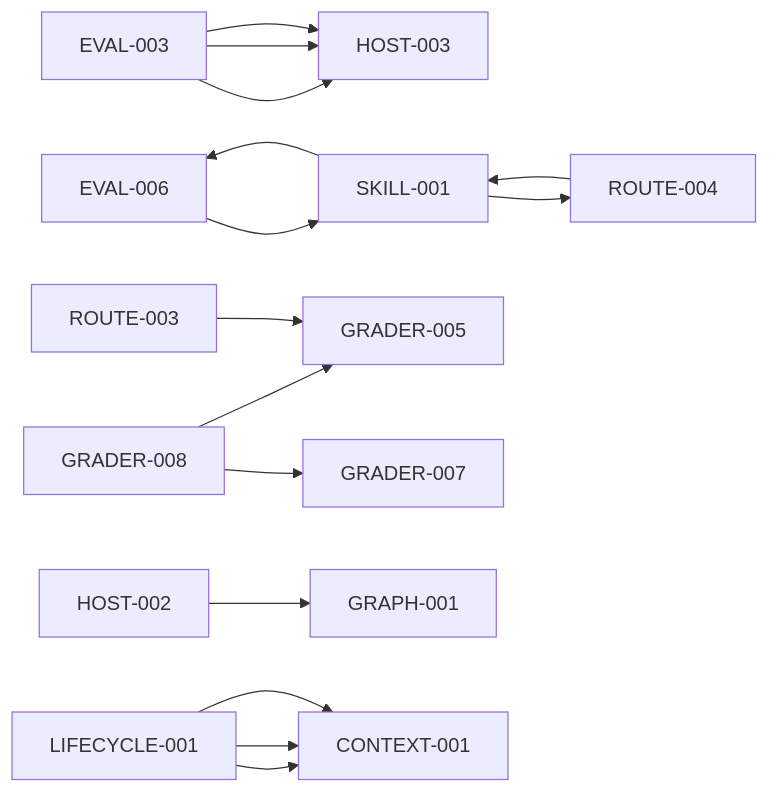
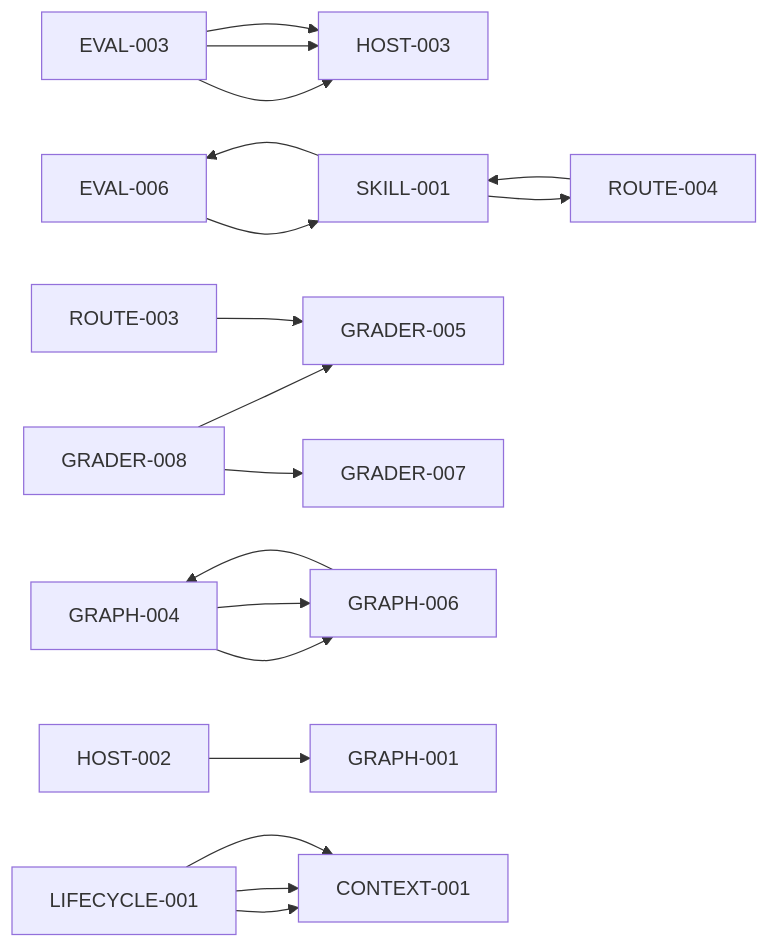
One commit to latent-sre/save-toolkit changed the diagram in docs/fleet-atlas/generated/roadmap-dependency-map.mmd. Above: the diagram before and after it, drawn with Mermaid. The commit also changed 10 other files, not shown here.

```diff
--- a/docs/fleet-atlas/generated/roadmap-dependency-map.mmd
+++ b/docs/fleet-atlas/generated/roadmap-dependency-map.mmd
@@ -1,17 +1,20 @@
 %% generated by scripts/fleet_atlas.py; do not edit; regenerate with `python scripts/fleet_atlas.py build`
-%% revision 54ba75c651ae6a0d6fa541292652fdedfe24d02b inputs sha256:b9093d704099ca006bea70940861e8562d11bc445f131bd0676e34293a1f0c14 dirty false
+%% revision 4bbe97273940383646d7a4b0a98328652b42f05e inputs sha256:4adf7f32d986b3448e22e58364f7d7ea85fb2d11fc60689964f795759aff2e70 dirty false
 graph LR
   EVAL-003 --> HOST-003
   EVAL-003 --> HOST-003
   EVAL-003 --> HOST-003
   EVAL-006 --> SKILL-001
   GRADER-008 --> GRADER-005
   GRADER-008 --> GRADER-007
+  GRAPH-004 --> GRAPH-006
+  GRAPH-004 --> GRAPH-006
+  GRAPH-006 --> GRAPH-004
   HOST-002 --> GRAPH-001
   LIFECYCLE-001 --> CONTEXT-001
   LIFECYCLE-001 --> CONTEXT-001
   LIFECYCLE-001 --> CONTEXT-001
   ROUTE-003 --> GRADER-005
   ROUTE-004 --> SKILL-001
   SKILL-001 --> EVAL-006
   SKILL-001 --> ROUTE-004
```
